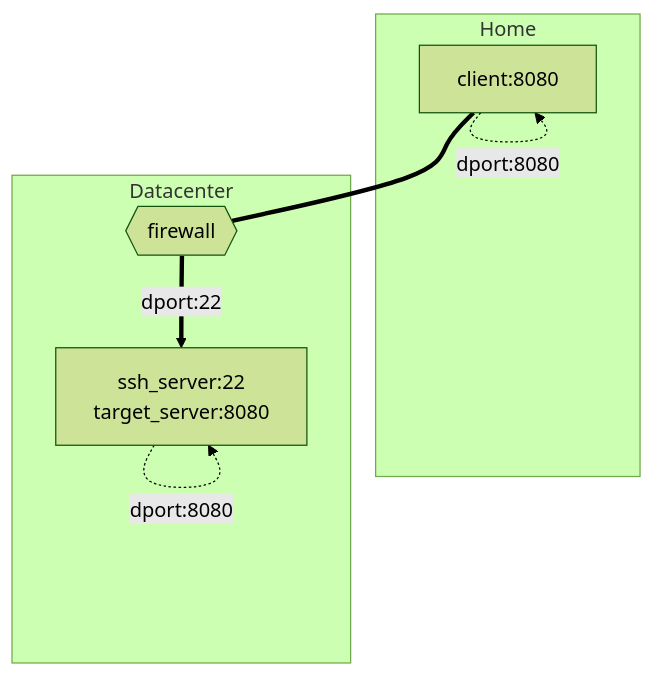
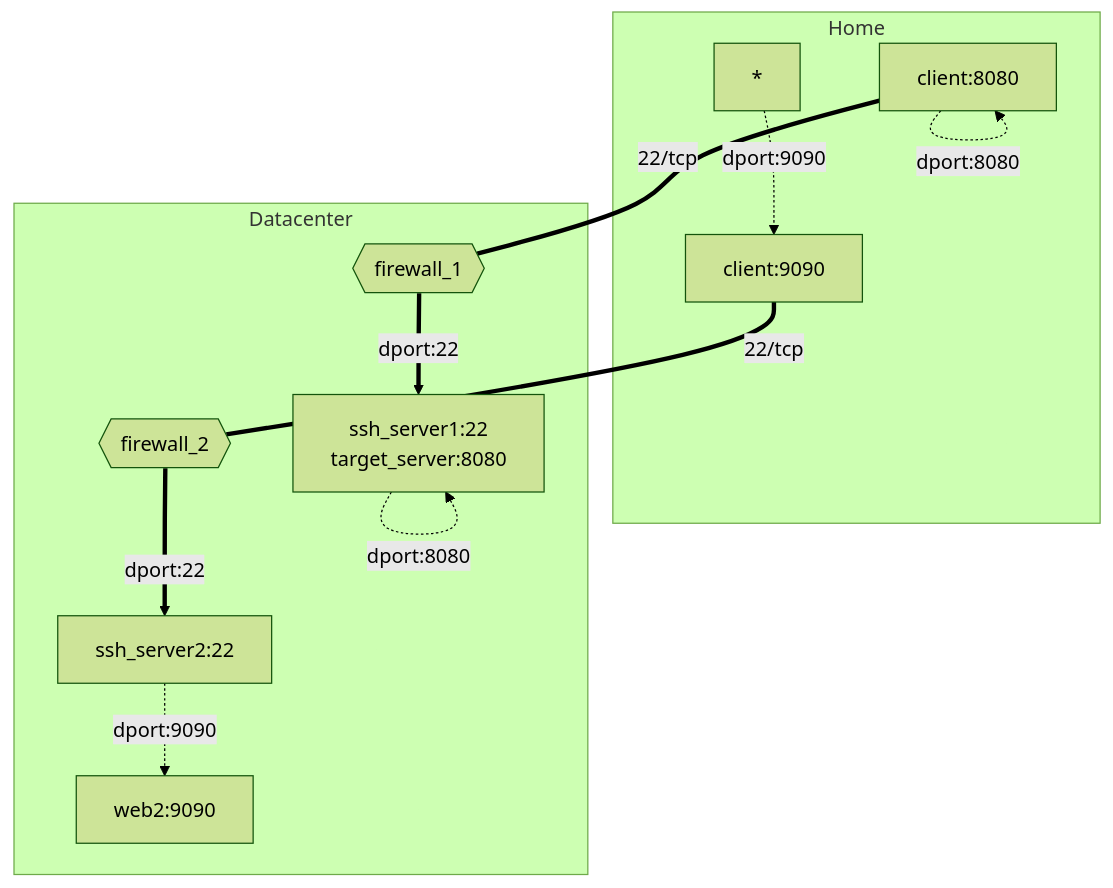
The fourth of 6 diagrams in markdown/diagrams.md (myseq/notes), drawn with Mermaid (forest theme) before and after one commit.

````diff
--- a/markdown/diagrams.md
+++ b/markdown/diagrams.md
@@ -25,17 +25,29 @@
 ```mermaid
 graph TD
-    client[client:8080]
-    firewall{{firewall}}
-    ssh_svr["ssh_server:22
+    cli_1[client:8080]
+    cli_2[client:9090]
+    fw1{{firewall_1}}
+    fw2{{firewall_2}}
+    sshd1["ssh_server1:22
              target_server:8080"]
-    
+    sshd2["ssh_server2:22"]
+    web2["web2:9090"]
+
     subgraph local[Home]
-    client -.-> |dport:8080| client
-    end
-    
-    subgraph remote[Datacenter]
-    client === firewall ==> |dport:22| ssh_svr
-    ssh_svr -.-> |dport:8080| ssh_svr
+    cli_1 -.-> |dport:8080| cli_1
     end
 
+    subgraph local[Home]
+    * -.-> |dport:9090| cli_2
+    end
+     
+    subgraph remote[Datacenter]
+    cli_2 === |22/tcp| fw2 ==> |dport:22| sshd2
+    sshd2 -.-> |dport:9090| web2
+    end
+
+    subgraph remote[Datacenter]
+    cli_1 === |22/tcp| fw1 ==> |dport:22| sshd1
+    sshd1 -.-> |dport:8080| sshd1
+    end
 ```
````
